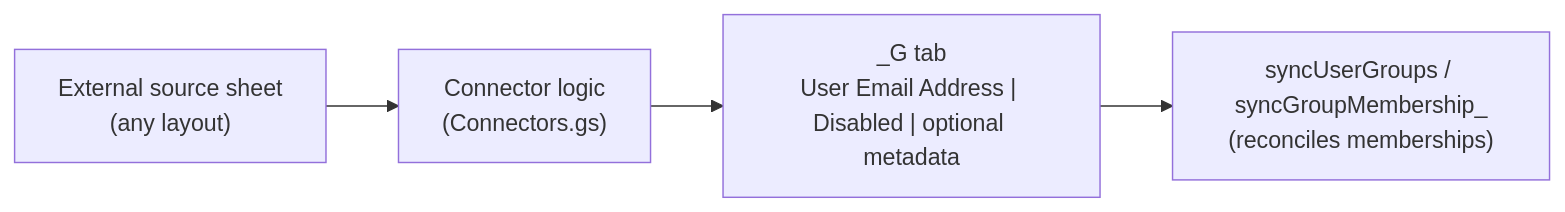
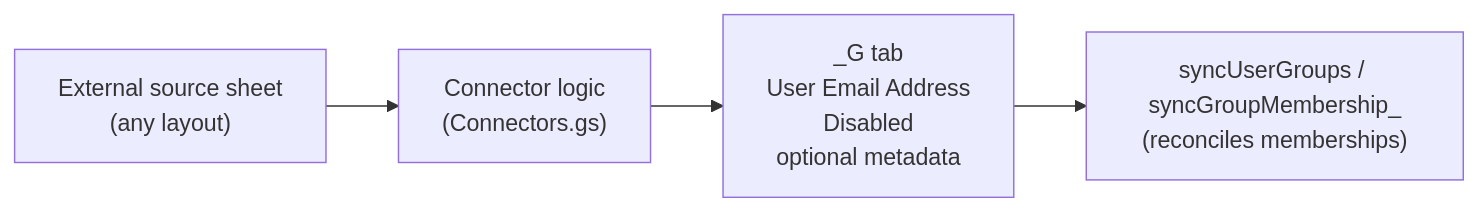
The first of 4 diagrams in docs/CONNECTORS_GUIDE.md (davidf9999/gdrive_permissions1), drawn with Mermaid before and after one commit. The commit also changed other lines of this file, not shown here.

Commit message:
docs: expand mermaid headers

````diff
--- a/docs/CONNECTORS_GUIDE.md
+++ b/docs/CONNECTORS_GUIDE.md
@@ -36,10 +36,12 @@
 ```mermaid
 flowchart LR
   Source["External source sheet
 (any layout)"] --> Connector["Connector logic
 (Connectors.gs)"]
   Connector --> Target["<GroupName>_G tab
-User Email Address | Disabled | optional metadata"]
+User Email Address
+Disabled
+optional metadata"]
   Target --> Sync["syncUserGroups / syncGroupMembership_
 (reconciles memberships)"]
 ```
````
